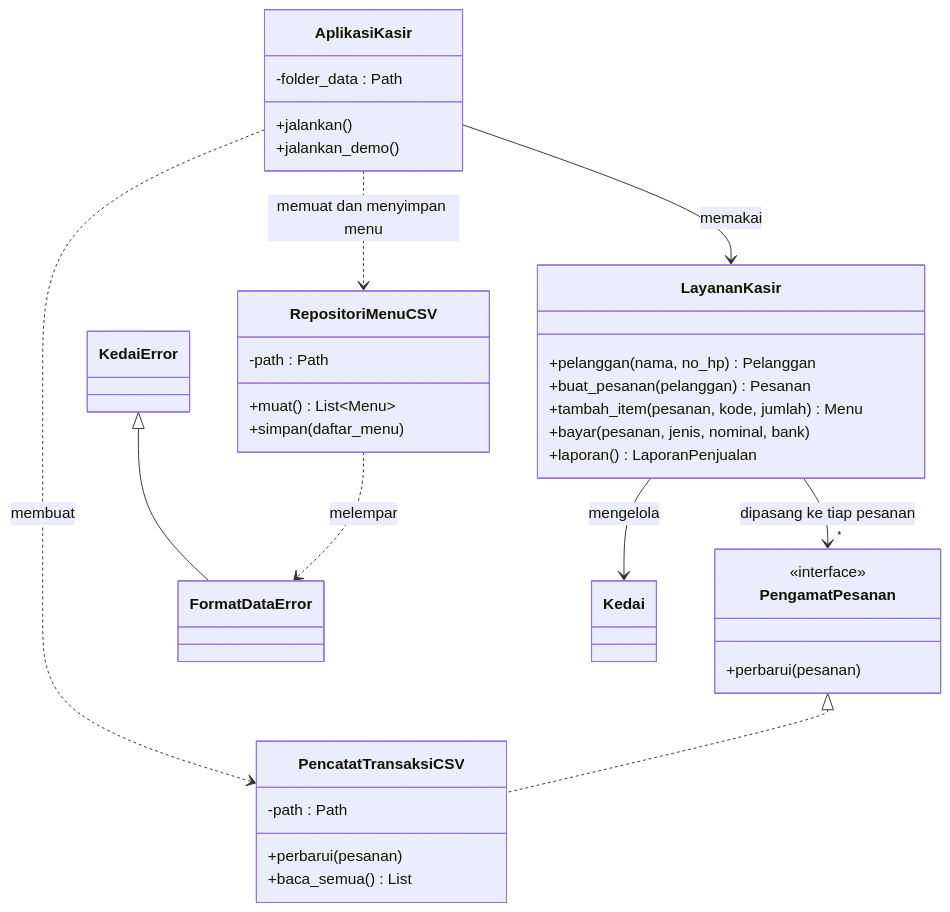
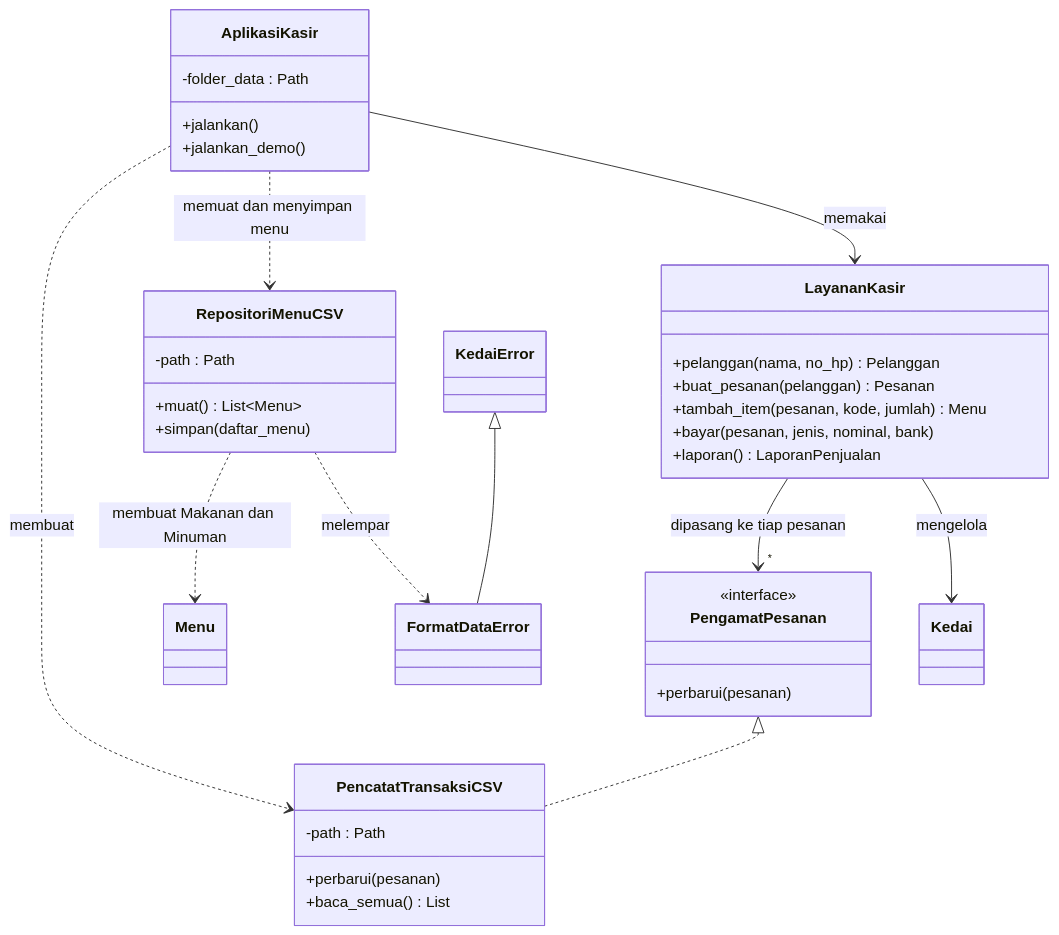
The sixth of 6 diagrams in Pertemuan-15-Proyek-Terintegrasi/README.md (antonprafanto/PBO2026), drawn with Mermaid before and after one commit. The commit also changed other lines of this file and 291 other files, not shown here.

````diff
--- a/Pertemuan-15-Proyek-Terintegrasi/README.md
+++ b/Pertemuan-15-Proyek-Terintegrasi/README.md
@@ -481,39 +487,40 @@
 ```mermaid
 classDiagram
     class AplikasiKasir {
         -folder_data : Path
         +jalankan()
         +jalankan_demo()
     }
     class LayananKasir {
         +pelanggan(nama, no_hp) Pelanggan
         +buat_pesanan(pelanggan) Pesanan
         +tambah_item(pesanan, kode, jumlah) Menu
         +bayar(pesanan, jenis, nominal, bank)
         +laporan() LaporanPenjualan
     }
     class RepositoriMenuCSV {
         -path : Path
         +muat() List~Menu~
         +simpan(daftar_menu)
     }
     class PengamatPesanan {
         <<interface>>
         +perbarui(pesanan)
     }
     class PencatatTransaksiCSV {
         -path : Path
         +perbarui(pesanan)
         +baca_semua() List
     }
     class KedaiError
     class FormatDataError
     AplikasiKasir --> LayananKasir : memakai
     AplikasiKasir ..> RepositoriMenuCSV : memuat dan menyimpan menu
     AplikasiKasir ..> PencatatTransaksiCSV : membuat
     LayananKasir --> Kedai : mengelola
     LayananKasir --> "*" PengamatPesanan : dipasang ke tiap pesanan
     PengamatPesanan <|.. PencatatTransaksiCSV
     KedaiError <|-- FormatDataError
     RepositoriMenuCSV ..> FormatDataError : melempar
+    RepositoriMenuCSV ..> Menu : membuat Makanan dan Minuman
 ```
````
